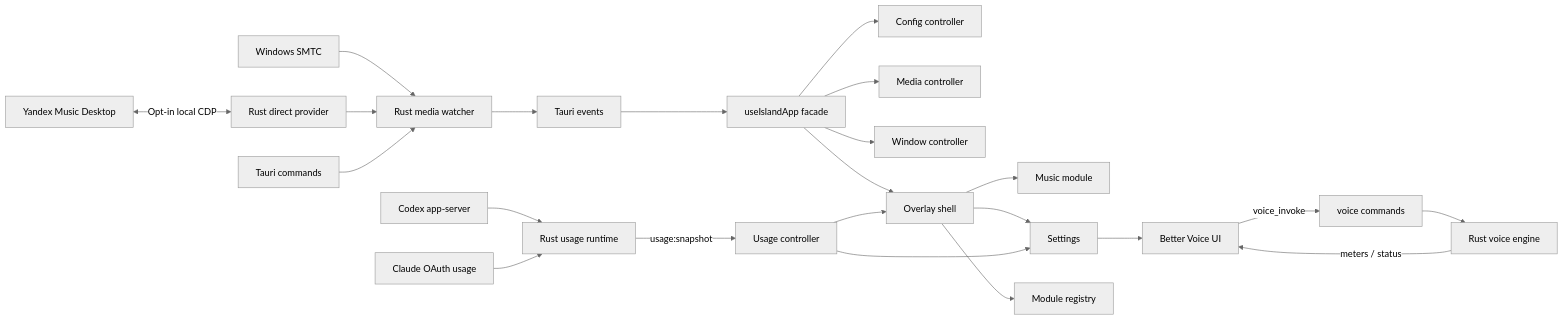
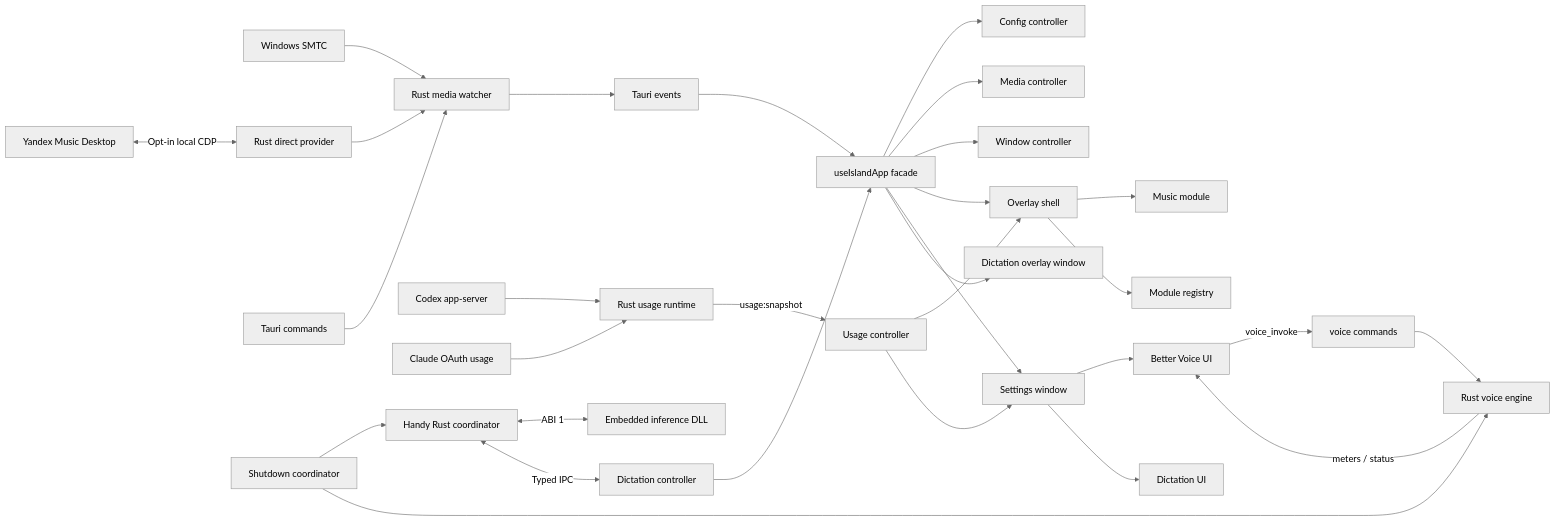
Before and after one commit to redheadesign/music-island: the diagram in docs/ARCHITECTURE.md, drawn with Mermaid (neutral theme). The commit also changed other lines of this file and 324 other files, not shown here.

Commit message:
Release 3.0: local dictation, unified settings and refreshed media

````diff
--- a/docs/ARCHITECTURE.md
+++ b/docs/ARCHITECTURE.md
@@ -5,25 +5,32 @@
 ```mermaid
 flowchart LR
   SMTC[Windows SMTC] --> MediaWatcher[Rust media watcher]
   Yandex[Yandex Music Desktop] <-->|Opt-in local CDP| DirectProvider[Rust direct provider]
   DirectProvider --> MediaWatcher
   MediaWatcher --> Events[Tauri events]
   Commands[Tauri commands] --> MediaWatcher
   Events --> AppFacade[useIslandApp facade]
   AppFacade --> ConfigController[Config controller]
   AppFacade --> MediaController[Media controller]
   AppFacade --> WindowController[Window controller]
   AppFacade --> Overlay[Overlay shell]
   Overlay --> Music[Music module]
-  Overlay --> Settings[Settings]
+  AppFacade --> Settings[Settings window]
   Settings --> BetterVoice[Better Voice UI]
   Overlay --> Registry[Module registry]
   BetterVoice -->|voice_invoke| VoiceCmds[voice commands]
   VoiceCmds --> VoiceEngine[Rust voice engine]
   VoiceEngine -->|meters / status| BetterVoice
   Codex[Codex app-server] --> UsageRuntime[Rust usage runtime]
   Claude[Claude OAuth usage] --> UsageRuntime
   UsageRuntime -->|usage:snapshot| UsageController[Usage controller]
   UsageController --> Overlay
   UsageController --> Settings
+  Handy[Handy Rust coordinator] <-->|ABI 1| Inference[Embedded inference DLL]
+  Handy <-->|Typed IPC| DictationController[Dictation controller]
+  DictationController --> AppFacade
+  AppFacade --> DictationOverlay[Dictation overlay window]
+  Settings --> DictationSettings[Dictation UI]
+  Shutdown[Shutdown coordinator] --> Handy
+  Shutdown --> VoiceEngine
 ```
````
